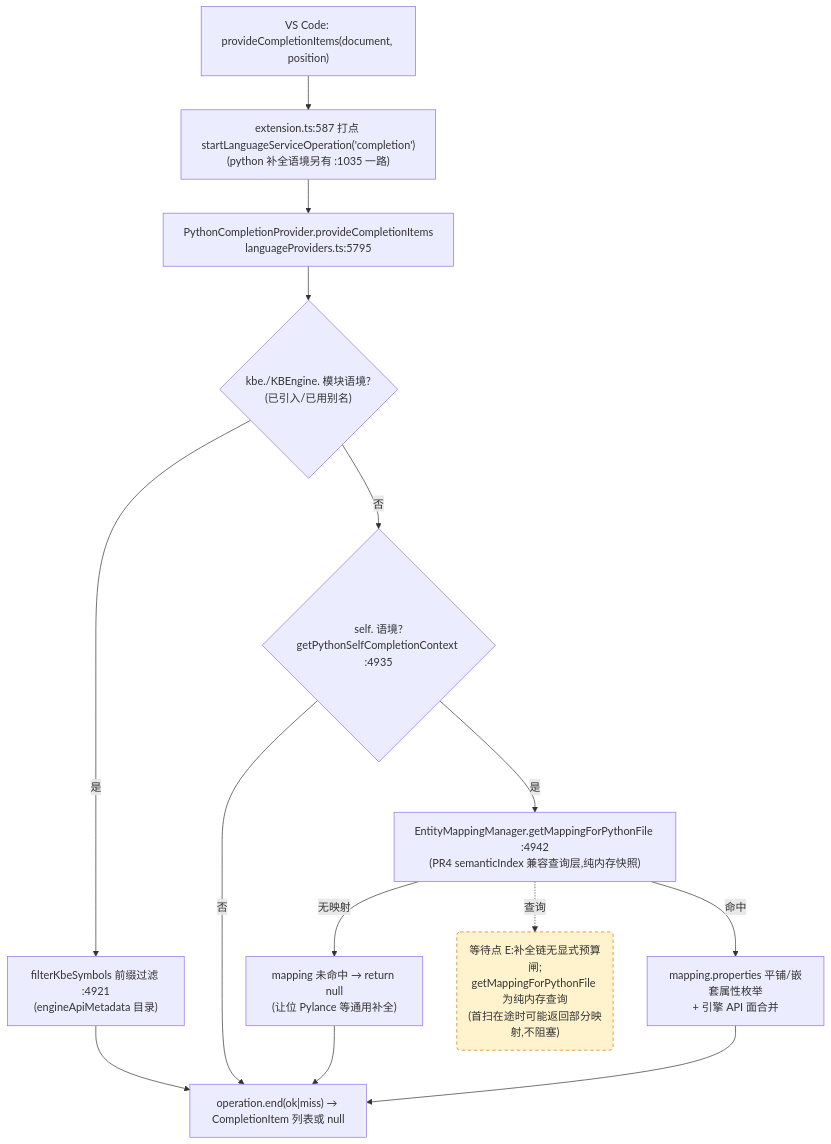
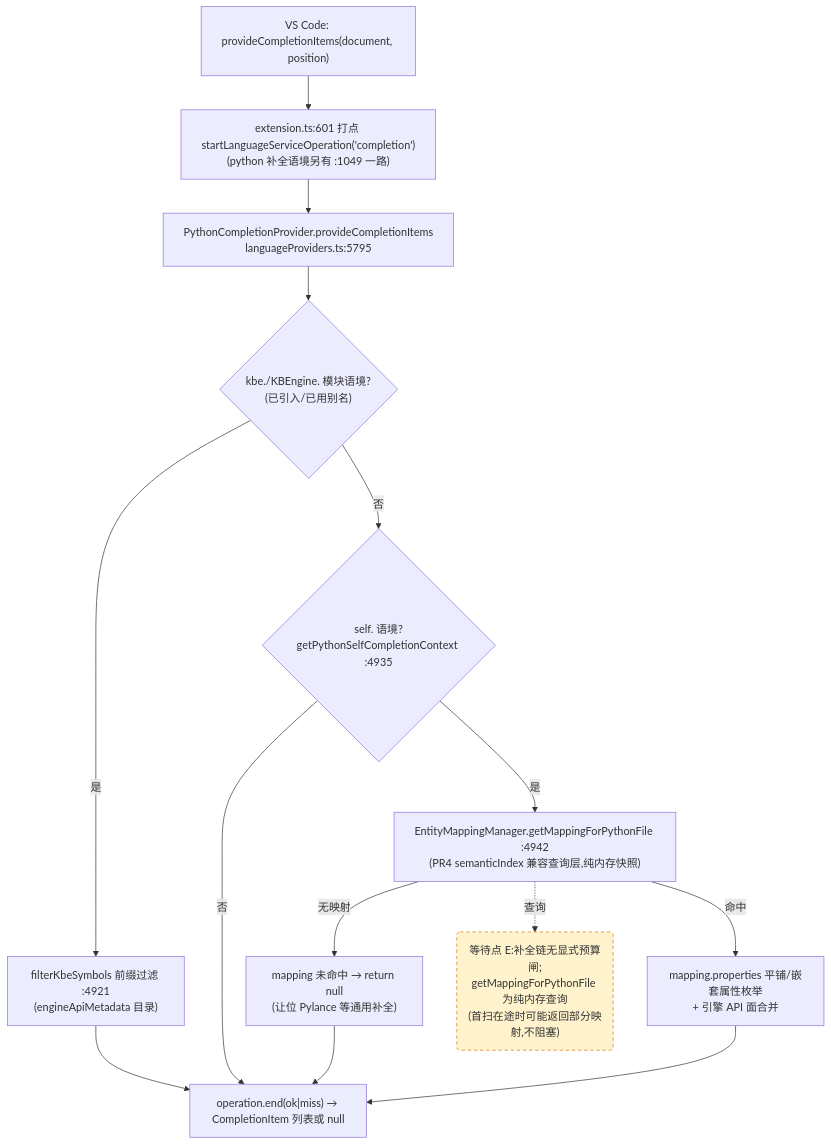
The third of 4 diagrams in docs/perf/2026-baseline.md (cuihairu/kode), drawn with Mermaid before and after one commit. The commit also changed other lines of this file and 9 other files, not shown here.

````diff
--- a/docs/perf/2026-baseline.md
+++ b/docs/perf/2026-baseline.md
@@ -184,27 +184,27 @@
 ```mermaid
 flowchart TD
   VC3["VS Code: provideCompletionItems(document, position)"]
-  M3["extension.ts:587 打点 startLanguageServiceOperation('completion')<br/>(python 补全语境另有 :1035 一路)"]
+  M3["extension.ts:601 打点 startLanguageServiceOperation('completion')<br/>(python 补全语境另有 :1049 一路)"]
   CP["PythonCompletionProvider.provideCompletionItems<br/>languageProviders.ts:5795"]
   KBEC{"kbe./KBEngine. 模块语境?<br/>(已引入/已用别名)"}
   FILTER["filterKbeSymbols 前缀过滤 :4921<br/>(engineApiMetadata 目录)"]
   SELFC{"self. 语境?<br/>getPythonSelfCompletionContext :4935"}
   MAP["EntityMappingManager.getMappingForPythonFile :4942<br/>(PR4 semanticIndex 兼容查询层,纯内存快照)"]
   NOMAP["mapping 未命中 → return null<br/>(让位 Pylance 等通用补全)"]
   PROPS["mapping.properties 平铺/嵌套属性枚举<br/>+ 引擎 API 面合并"]
   END3["operation.end(ok|miss) → CompletionItem 列表或 null"]
 
   VC3 --> M3 --> CP --> KBEC
   KBEC -- "是" --> FILTER --> END3
   KBEC -- "否" --> SELFC
   SELFC -- "否" --> END3
   SELFC -- "是" --> MAP
   MAP -- "无映射" --> NOMAP --> END3
   MAP -- "命中" --> PROPS --> END3
 
   WAITE("等待点 E:补全链无显式预算闸;<br/>getMappingForPythonFile 为纯内存查询<br/>(首扫在途时可能返回部分映射,不阻塞)")
   MAP -.->|查询| WAITE
 
   classDef waitPoint fill:#fff3cd,stroke:#d97706,stroke-dasharray:5 4;
   class WAITE waitPoint;
 ```
````
